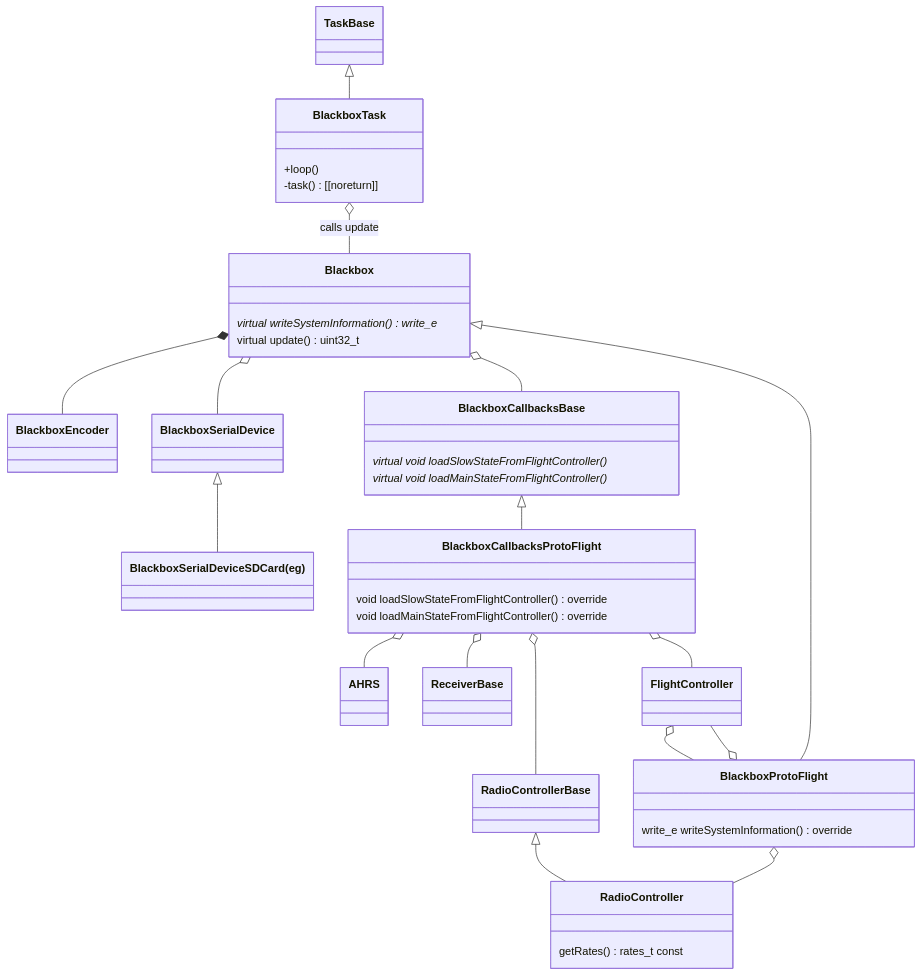
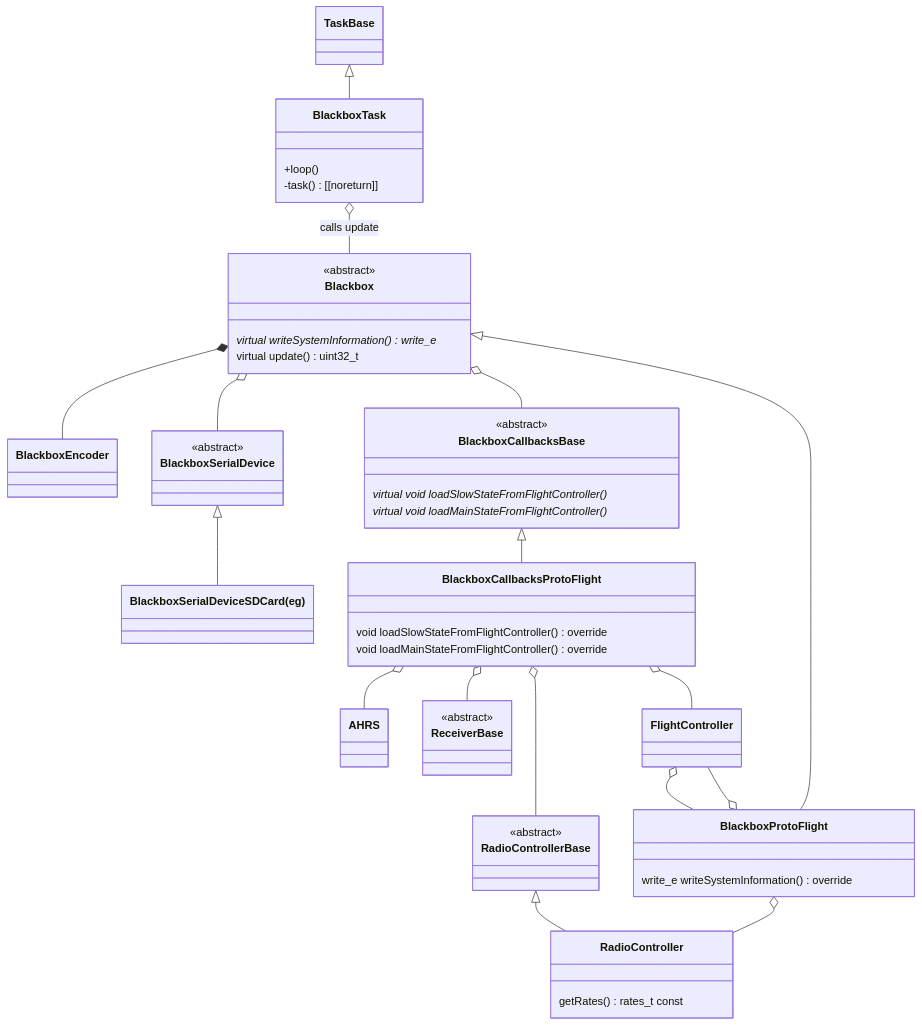
One commit to martinbudden/Protoflight changed the third of 5 diagrams in README.md. Above: the diagram before and after it, drawn with Mermaid. The commit also changed other lines of this file, not shown here.

Commit message:
Updated class diagrams.

````diff
--- a/README.md
+++ b/README.md
@@ -463,48 +463,59 @@
 ```mermaid
 classDiagram
     class Blackbox {
+        <<abstract>>
         virtual writeSystemInformation() write_e *
         virtual update() uint32_t
     }
     Blackbox *-- BlackboxEncoder
     Blackbox o-- BlackboxSerialDevice
     Blackbox o-- BlackboxCallbacksBase
 
+    class RadioControllerBase {
+        <<abstract>>
+    }
     RadioControllerBase <|-- RadioController
     class RadioController {
         getRates() rates_t  const
     }
 
     Blackbox <|-- BlackboxProtoFlight
     class BlackboxProtoFlight {
         write_e writeSystemInformation() override
     }
     BlackboxProtoFlight o-- FlightController
     FlightController o-- BlackboxProtoFlight
     BlackboxProtoFlight o-- RadioController
 
     class BlackboxCallbacksBase {
+        <<abstract>>
         virtual void loadSlowStateFromFlightController() *
         virtual void loadMainStateFromFlightController() *
     }
 
     BlackboxCallbacksBase <|-- BlackboxCallbacksProtoFlight
     class BlackboxCallbacksProtoFlight {
         void loadSlowStateFromFlightController() override
         void loadMainStateFromFlightController() override
     }
+    class ReceiverBase {
+        <<abstract>>
+    }
     BlackboxCallbacksProtoFlight o-- AHRS
     BlackboxCallbacksProtoFlight o-- ReceiverBase
     BlackboxCallbacksProtoFlight o-- RadioControllerBase
     BlackboxCallbacksProtoFlight o-- FlightController
 
+    class BlackboxSerialDevice {
+        <<abstract>>
+    }
     class BlackboxSerialDeviceSDCard["BlackboxSerialDeviceSDCard(eg)"]
     BlackboxSerialDevice <|-- BlackboxSerialDeviceSDCard
 
     TaskBase <|-- BlackboxTask
     class BlackboxTask {
         +loop()
         -task() [[noreturn]]
     }
     BlackboxTask o-- Blackbox : calls update
 ```
````
